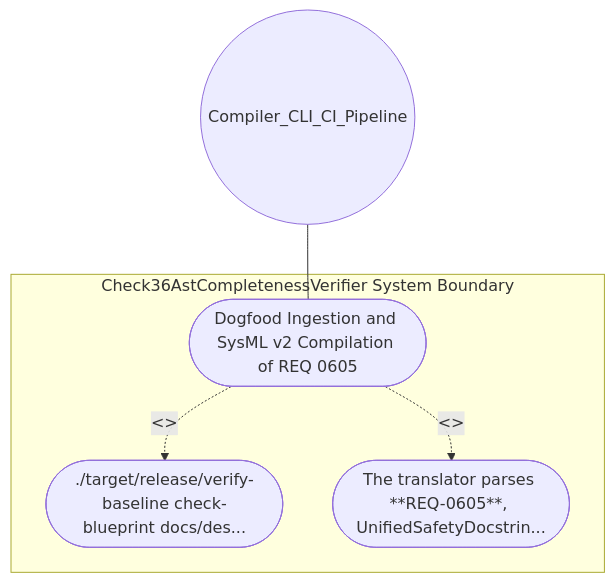
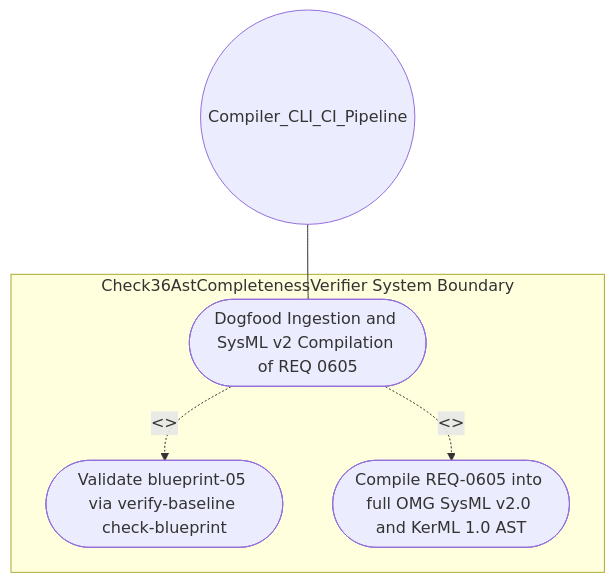
One commit to gintatkinson/DEAP01-spec-core changed the diagram in .pipeline/upstream/docs/use-cases/UC-25-Dogfood_Ingestion_and_SysML_v2_Compilation_of_REQ_0605.md. Above: the diagram before and after it, drawn with Mermaid. The commit also changed other lines of this file and 225 other files, not shown here.

````diff
--- a/.pipeline/upstream/docs/use-cases/UC-25-Dogfood_Ingestion_and_SysML_v2_Compilation_of_REQ_0605.md
+++ b/.pipeline/upstream/docs/use-cases/UC-25-Dogfood_Ingestion_and_SysML_v2_Compilation_of_REQ_0605.md
@@ -16,11 +16,11 @@
 ```mermaid
 graph TD
     subgraph "Check36AstCompletenessVerifier System Boundary"
         UC_Main(["Dogfood Ingestion and SysML v2 Compilation of REQ 0605"])
-        UC_Step01(["./target/release/verify-baseline check-blueprint docs/des..."])
-        UC_Step02(["The translator parses **REQ-0605**, UnifiedSafetyDocstrin..."])
+        UC_Step01(["Validate blueprint-05 via verify-baseline check-blueprint"])
+        UC_Step02(["Compile REQ-0605 into full OMG SysML v2.0 and KerML 1.0 AST"])
     end
     Compiler_CLI_CI_Pipeline(("Compiler_CLI_CI_Pipeline")) --- UC_Main
     UC_Main -. "<<include>>" .-> UC_Step01
     UC_Main -. "<<include>>" .-> UC_Step02
 ```
````
